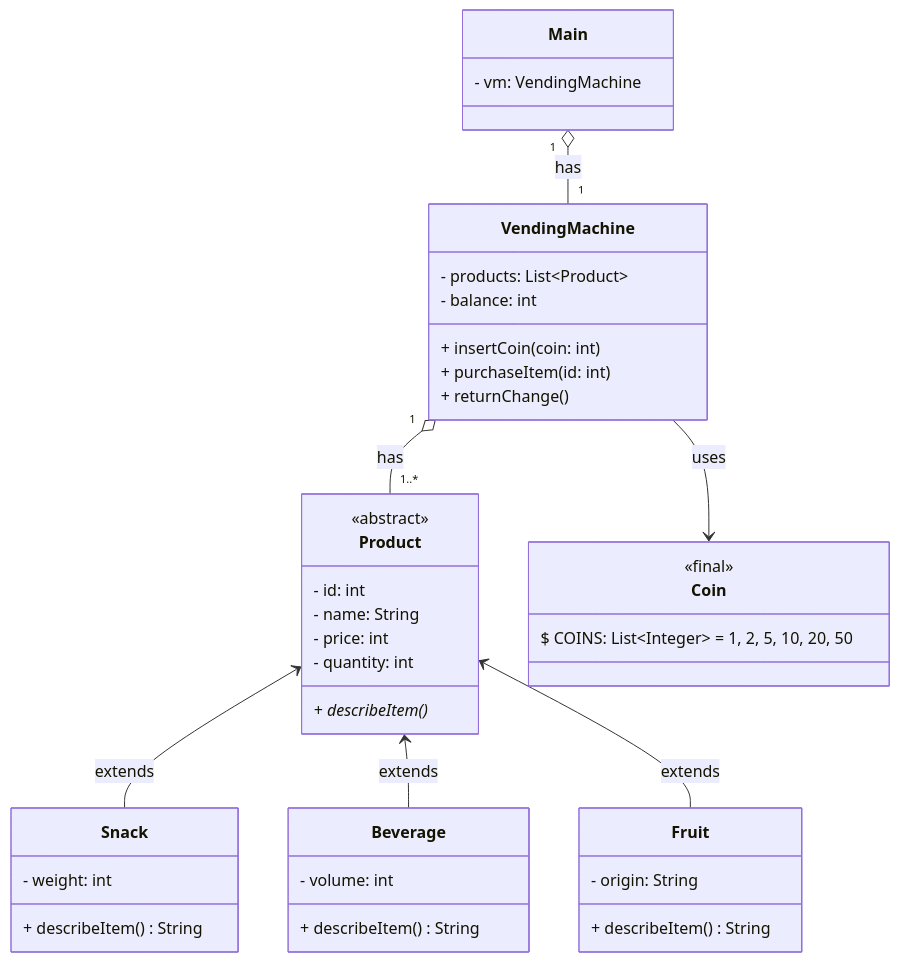
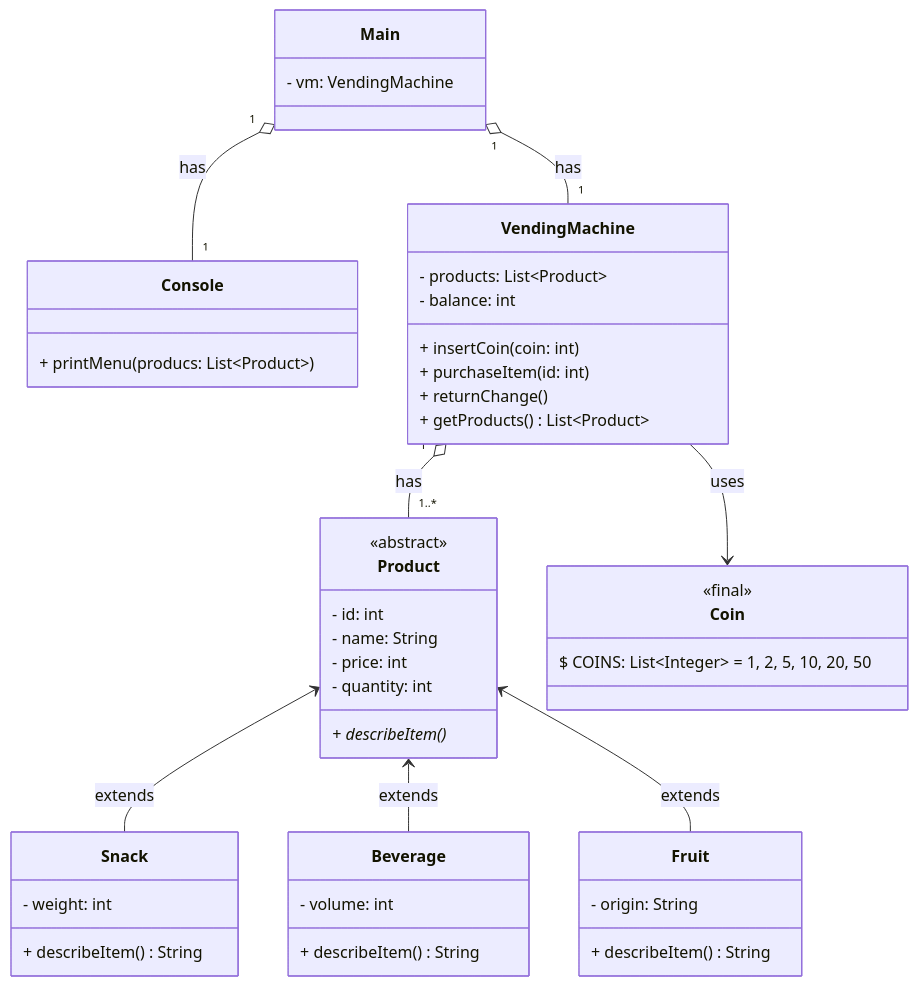
The diagram in Class Diagram/Vending-Machine.md (dan-lundberg-git/lexicon-repetition-1), drawn with Mermaid before and after one commit. The commit also changed 6 other files, not shown here.

````diff
--- a/Class Diagram/Vending-Machine.md
+++ b/Class Diagram/Vending-Machine.md
@@ -13,45 +13,50 @@
 ```mermaid
 classDiagram
     direction TB
     class Main {
         - vm: VendingMachine
+    }
+    class Console {
+        + printMenu(producs: List~Product~)
     }
     class VendingMachine {
         - products: List~Product~
         - balance: int
         + insertCoin(coin: int)
         + purchaseItem(id: int)
         + returnChange()
+        + getProducts() List~Product~
     }
     class Product {
         <<abstract>>
         - id: int
         - name: String
         - price: int
         - quantity: int
         + describeItem()*
     }
     class Snack {
         - weight: int
         + describeItem() String
     }
     class Beverage {
         - volume: int
         + describeItem() String
     }
     class Fruit {
         - origin: String
         + describeItem() String
     }
     class Coin {
         <<final>>
         $ COINS: List~Integer~ = 1, 2, 5, 10, 20, 50
     }
 
 Main "1" o-- "1" VendingMachine: has
+Main "1" o-- "1" Console: has
 VendingMachine "1" o-- "1..*" Product: has
 VendingMachine --> Coin: uses
 Product <-- Snack: extends
 Product <-- Beverage: extends
 Product <-- Fruit: extends
 ```
````
